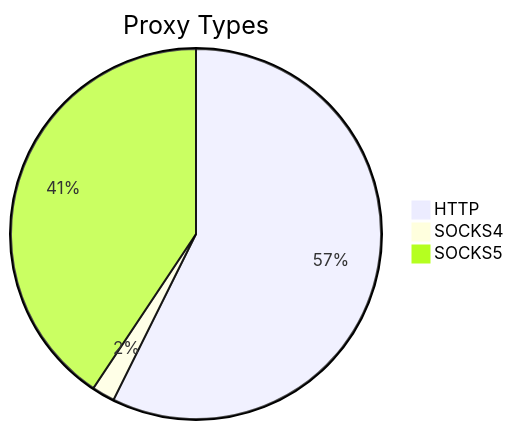
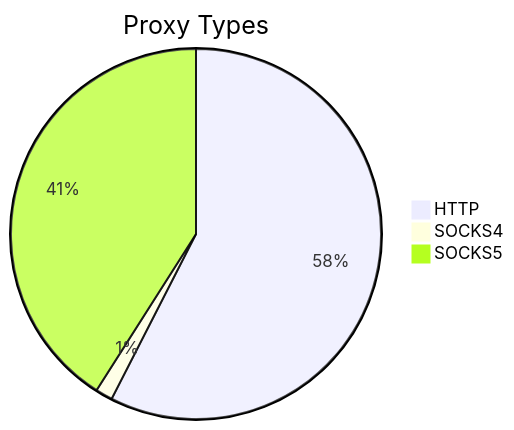
One commit to stormsia/proxy-list changed the first of 2 diagrams in README.md. Above: the diagram before and after it, drawn with Mermaid. The commit also changed other lines of this file, not shown here.

````diff
--- a/README.md
+++ b/README.md
@@ -21,6 +21,6 @@
 ```mermaid
 pie title Proxy Types
-    "HTTP" : 687
-    "SOCKS4" : 24
-    "SOCKS5" : 487
+    "HTTP" : 810
+    "SOCKS4" : 21
+    "SOCKS5" : 577
 ```
````
